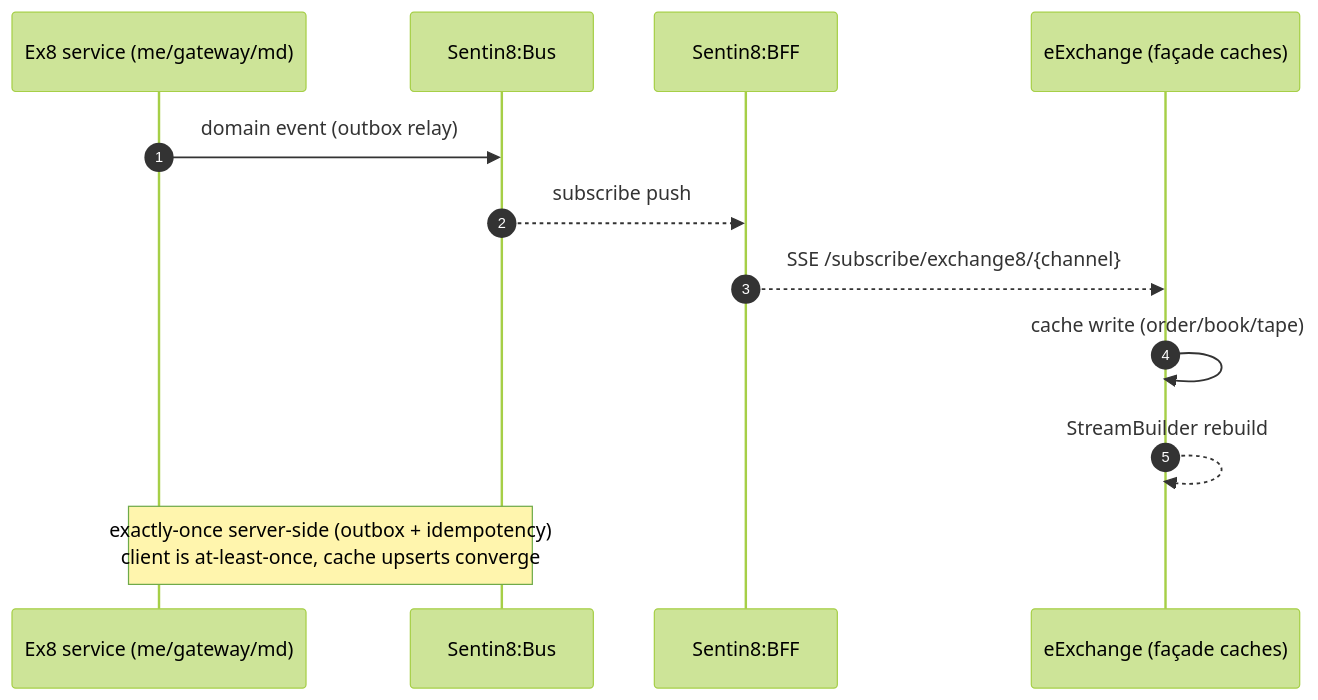
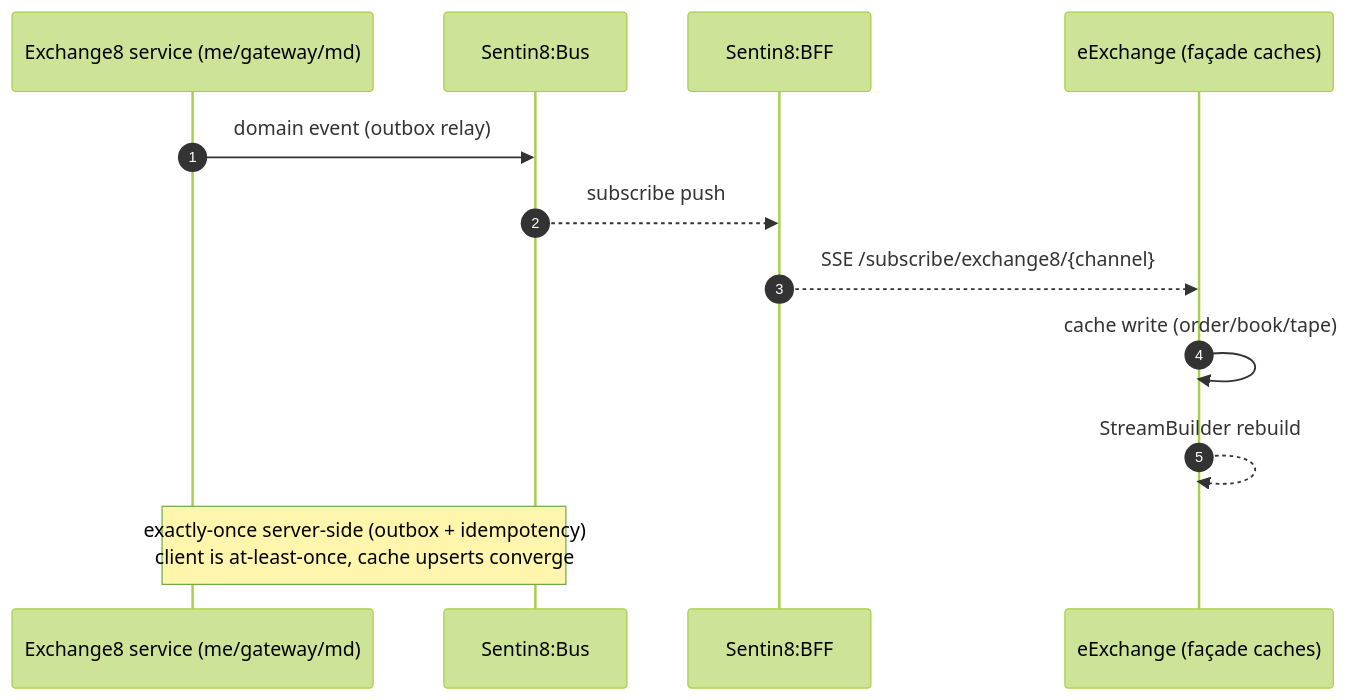
One commit to Exchange8-dev/exchange8-eexchange changed the seventh of 11 diagrams in DESIGN.md. Above: the diagram before and after it, drawn with Mermaid (forest theme). The commit also changed other lines of this file and 1 other file, not shown here.

Commit message:
Naming: Ex8 abbreviation replaced with Exchange8 across docs and doc comments — the full brand name only, never abbreviated (owner decision 2026-10-15)

````diff
--- a/DESIGN.md
+++ b/DESIGN.md
@@ -222,15 +222,15 @@
 ```mermaid
 sequenceDiagram
     autonumber
-    participant EX as Ex8 service (me/gateway/md)
+    participant EX as Exchange8 service (me/gateway/md)
     participant BUS as Sentin8:Bus
     participant BFF as Sentin8:BFF
     participant APP as eExchange (façade caches)
 
     EX->>BUS: domain event (outbox relay)
     BUS-->>BFF: subscribe push
     BFF-->>APP: SSE /subscribe/exchange8/{channel}
     APP->>APP: cache write (order/book/tape)
     APP-->>APP: StreamBuilder rebuild
     Note over EX,BUS: exactly-once server-side (outbox + idempotency)<br/>client is at-least-once, cache upserts converge
 ```
````
